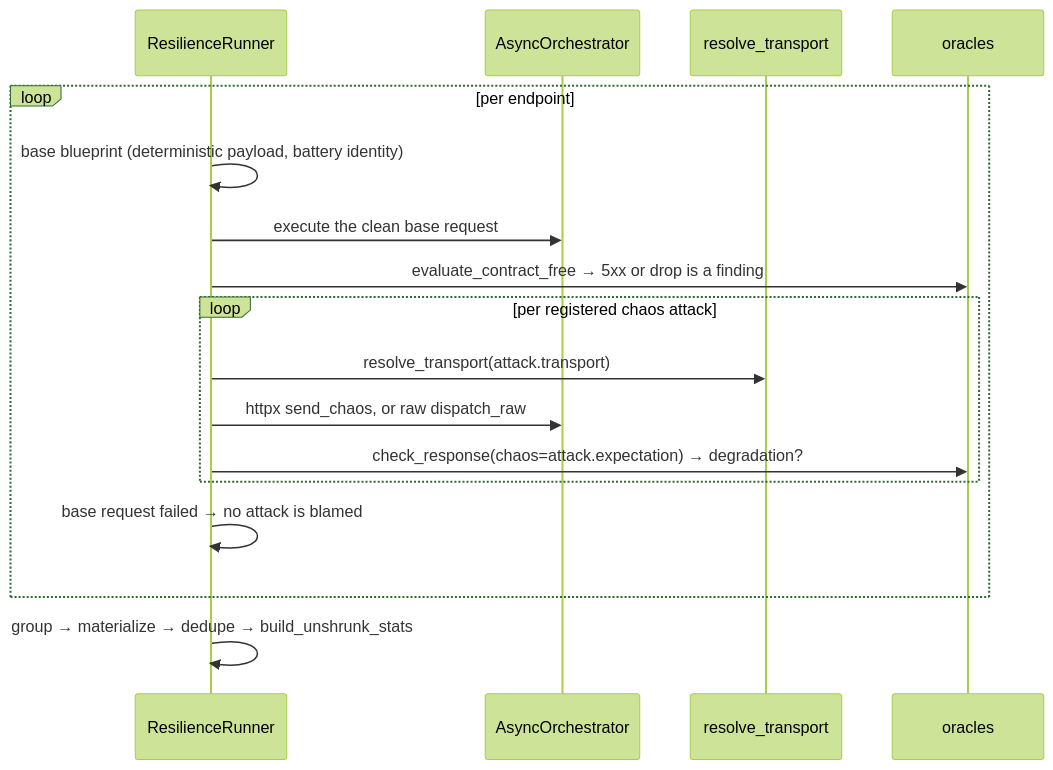
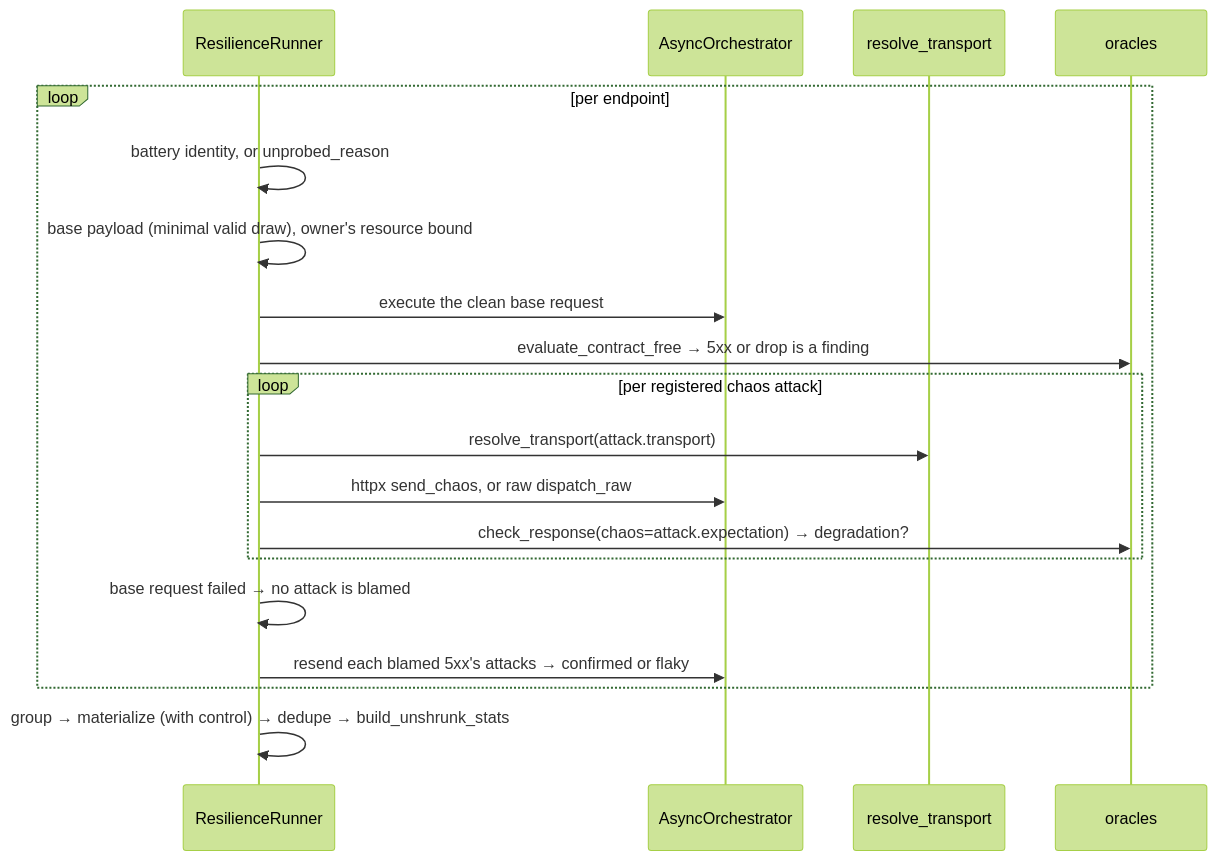
The fifth of 6 diagrams in docs/modules/specforge-engine/execution-modes.md (Spec-Forge-Testing/specforge-docs), drawn with Mermaid (forest theme) before and after one commit. The commit also changed other lines of this file and 30 other files, not shown here.

````diff
--- a/docs/modules/specforge-engine/execution-modes.md
+++ b/docs/modules/specforge-engine/execution-modes.md
@@ -400,20 +414,22 @@
 ```mermaid
 sequenceDiagram
     participant RN as ResilienceRunner
     participant Orch as AsyncOrchestrator
     participant T as resolve_transport
     participant Or as oracles
 
     loop per endpoint
-        RN->>RN: base blueprint (deterministic payload, battery identity)
+        RN->>RN: battery identity, or unprobed_reason
+        RN->>RN: base payload (minimal valid draw), owner's resource bound
         RN->>Orch: execute the clean base request
         RN->>Or: evaluate_contract_free → 5xx or drop is a finding
         loop per registered chaos attack
             RN->>T: resolve_transport(attack.transport)
             RN->>Orch: httpx send_chaos, or raw dispatch_raw
             RN->>Or: check_response(chaos=attack.expectation) → degradation?
         end
         RN->>RN: base request failed → no attack is blamed
+        RN->>Orch: resend each blamed 5xx's attacks → confirmed or flaky
     end
-    RN->>RN: group → materialize → dedupe → build_unshrunk_stats
+    RN->>RN: group → materialize (with control) → dedupe → build_unshrunk_stats
 ```
````
